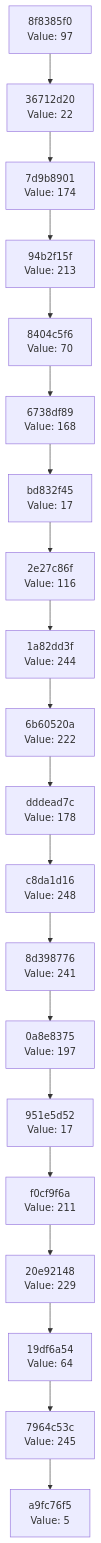
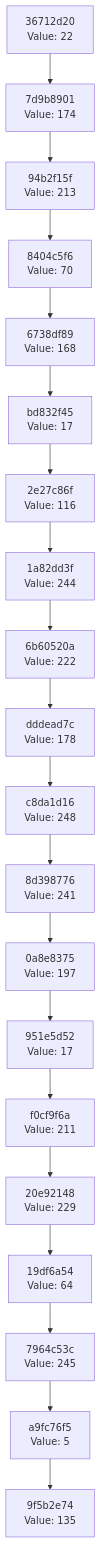
One commit to Abhisheksinha1506/hash-chain-evolver changed the diagram in docs/CHAIN_VISUALIZATION.md. Above: the diagram before and after it, drawn with Mermaid. The commit also changed 2 other files, not shown here.

Commit message:
Evolution step: hash 0x87 → action executed

````diff
--- a/docs/CHAIN_VISUALIZATION.md
+++ b/docs/CHAIN_VISUALIZATION.md
@@ -3,42 +3,42 @@
 ```mermaid
 graph TD
-    C0["a9fc76f5<br/>Value: 5"]
-    C1["7964c53c<br/>Value: 245"]
+    C0["9f5b2e74<br/>Value: 135"]
+    C1["a9fc76f5<br/>Value: 5"]
     C1 --> C0
-    C2["19df6a54<br/>Value: 64"]
+    C2["7964c53c<br/>Value: 245"]
     C2 --> C1
-    C3["20e92148<br/>Value: 229"]
+    C3["19df6a54<br/>Value: 64"]
     C3 --> C2
-    C4["f0cf9f6a<br/>Value: 211"]
+    C4["20e92148<br/>Value: 229"]
     C4 --> C3
-    C5["951e5d52<br/>Value: 17"]
+    C5["f0cf9f6a<br/>Value: 211"]
     C5 --> C4
-    C6["0a8e8375<br/>Value: 197"]
+    C6["951e5d52<br/>Value: 17"]
     C6 --> C5
-    C7["8d398776<br/>Value: 241"]
+    C7["0a8e8375<br/>Value: 197"]
     C7 --> C6
-    C8["c8da1d16<br/>Value: 248"]
+    C8["8d398776<br/>Value: 241"]
     C8 --> C7
-    C9["dddead7c<br/>Value: 178"]
+    C9["c8da1d16<br/>Value: 248"]
     C9 --> C8
-    C10["6b60520a<br/>Value: 222"]
+    C10["dddead7c<br/>Value: 178"]
     C10 --> C9
-    C11["1a82dd3f<br/>Value: 244"]
+    C11["6b60520a<br/>Value: 222"]
     C11 --> C10
-    C12["2e27c86f<br/>Value: 116"]
+    C12["1a82dd3f<br/>Value: 244"]
     C12 --> C11
-    C13["bd832f45<br/>Value: 17"]
+    C13["2e27c86f<br/>Value: 116"]
     C13 --> C12
-    C14["6738df89<br/>Value: 168"]
+    C14["bd832f45<br/>Value: 17"]
     C14 --> C13
-    C15["8404c5f6<br/>Value: 70"]
+    C15["6738df89<br/>Value: 168"]
     C15 --> C14
-    C16["94b2f15f<br/>Value: 213"]
+    C16["8404c5f6<br/>Value: 70"]
     C16 --> C15
-    C17["7d9b8901<br/>Value: 174"]
+    C17["94b2f15f<br/>Value: 213"]
     C17 --> C16
-    C18["36712d20<br/>Value: 22"]
+    C18["7d9b8901<br/>Value: 174"]
     C18 --> C17
-    C19["8f8385f0<br/>Value: 97"]
+    C19["36712d20<br/>Value: 22"]
     C19 --> C18
 ```
````
